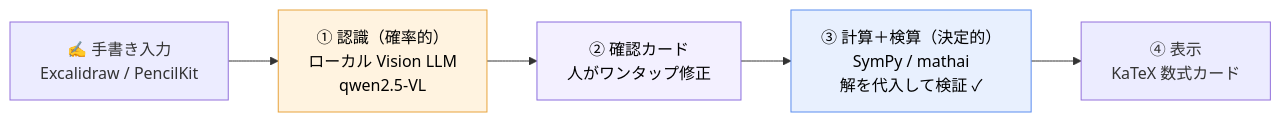
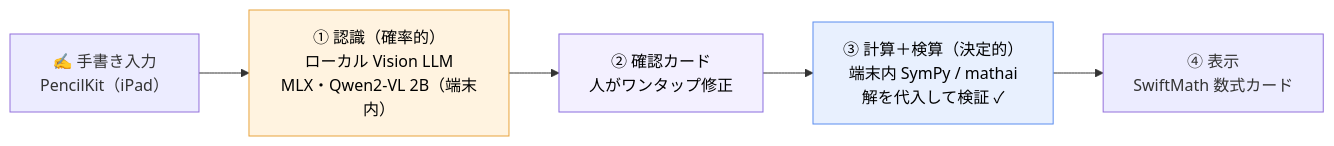
Before and after one commit to naka-himatubushi/sugaku-pad: the first of 2 diagrams in README.md, drawn with Mermaid. The commit also changed other lines of this file and 5 other files, not shown here.

````diff
--- a/README.md
+++ b/README.md
@@ -54,13 +35,13 @@
 ```mermaid
 flowchart LR
-    A["✍️ 手書き入力<br/>Excalidraw / PencilKit"] --> B
-    B["① 認識（確率的）<br/>ローカル Vision LLM<br/>qwen2.5-VL"] --> C
+    A["✍️ 手書き入力<br/>PencilKit（iPad）"] --> B
+    B["① 認識（確率的）<br/>ローカル Vision LLM<br/>MLX・Qwen2-VL 2B（端末内）"] --> C
     C["② 確認カード<br/>人がワンタップ修正"] --> D
-    D["③ 計算＋検算（決定的）<br/>SymPy / mathai<br/>解を代入して検証 ✓"] --> E
-    E["④ 表示<br/>KaTeX 数式カード"]
+    D["③ 計算＋検算（決定的）<br/>端末内 SymPy / mathai<br/>解を代入して検証 ✓"] --> E
+    E["④ 表示<br/>SwiftMath 数式カード"]
 
     classDef prob fill:#fff3e0,stroke:#e8a33d,color:#000;
     classDef human fill:#f3f0ff,stroke:#8a6dde,color:#000;
     classDef det fill:#e8f0fe,stroke:#5b8def,color:#000;
     class B prob; class C human; class D det;
 ```
````
